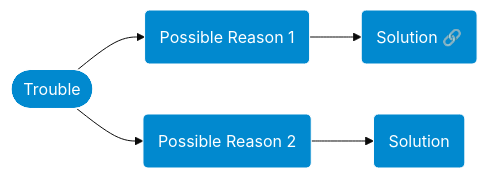
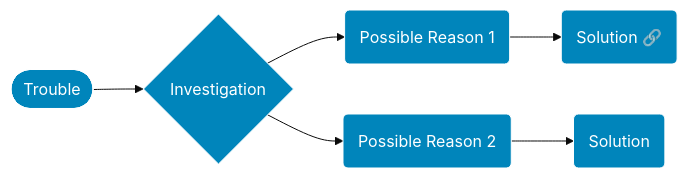
Before and after one commit to Ruyi95/Ruyi95.github.io: the second of 2 diagrams in _posts/2021-07-02-Drawing-Flowcharts-with-Mermaid.md, drawn with Mermaid (base theme). The commit also changed other lines of this file, not shown here.

Commit message:
Flowchart revised.

```diff
--- a/_posts/2021-07-02-Drawing-Flowcharts-with-Mermaid.md
+++ b/_posts/2021-07-02-Drawing-Flowcharts-with-Mermaid.md
@@ -20,10 +21,10 @@
 <div class="mermaid">
   graph LR
-  A([Trouble]) --> B(Possible Reason 1) & C(Possible Reason 2)
+  A([Trouble]) --> F{Investigation} --> B(Possible Reason 1) & C(Possible Reason 2)
   B --> D("Solution #128279;")
   C --> E(Solution)
   click D "https://www.google.com" _blank
   click E "https://www.google.com" _blank
-  classDef simpleChart fill:#0189cf, stroke:#fff, color:#fff;
-  class A,B,C,D,E simpleChart;
+  classDef simpleChart fill:#0085bb, stroke:#fff, color:#fff;
+  class A,B,C,D,E,F simpleChart;
  </div>
```
